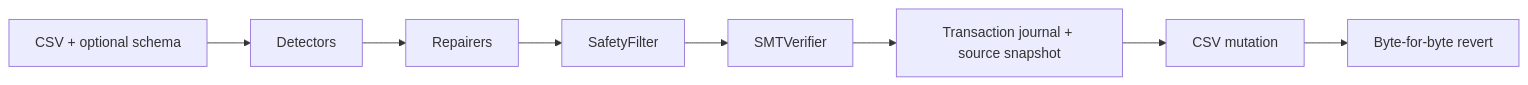
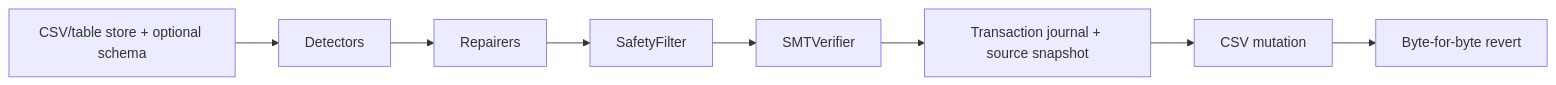
Before and after one commit to Aegis15/dataforge: the first of 3 diagrams in ARCHITECTURE.md, drawn with Mermaid. The commit also changed other lines of this file and 23 other files, not shown here.

Commit message:
Add table store patch planning

````diff
--- a/ARCHITECTURE.md
+++ b/ARCHITECTURE.md
@@ -10,10 +10,10 @@
 ```mermaid
 flowchart LR
-    A["CSV + optional schema"] --> B["Detectors"]
+    A["CSV/table store + optional schema"] --> B["Detectors"]
     B --> C["Repairers"]
     C --> D["SafetyFilter"]
     D --> E["SMTVerifier"]
     E --> F["Transaction journal + source snapshot"]
     F --> G["CSV mutation"]
     G --> H["Byte-for-byte revert"]
 ```
````
